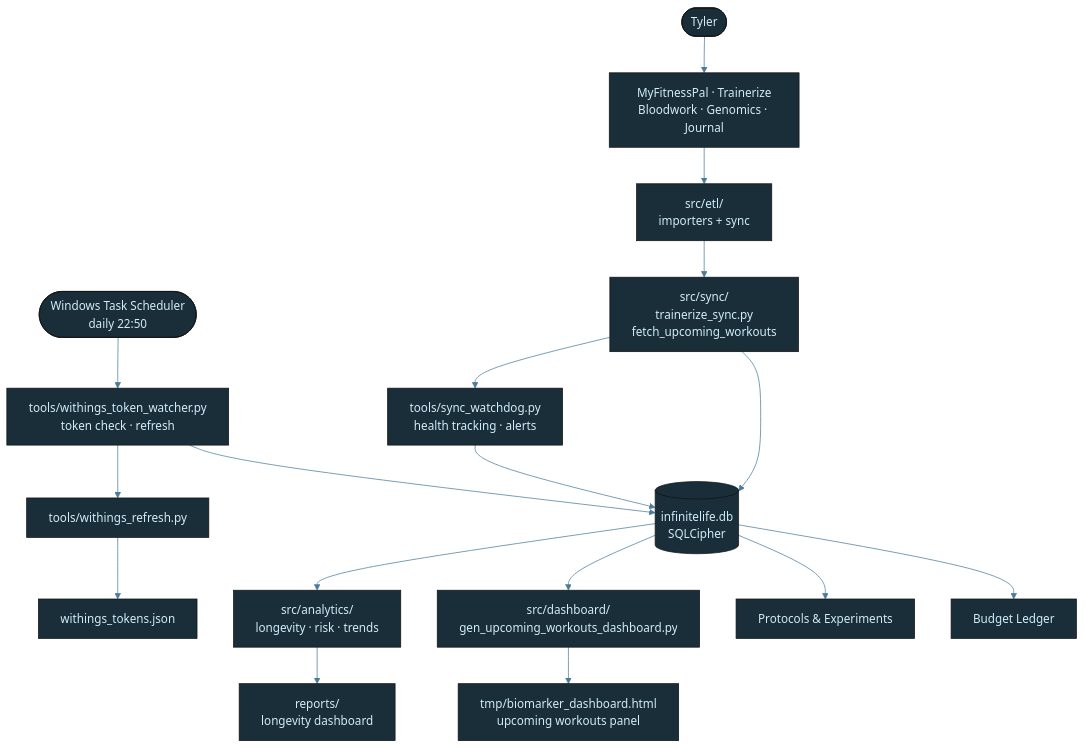
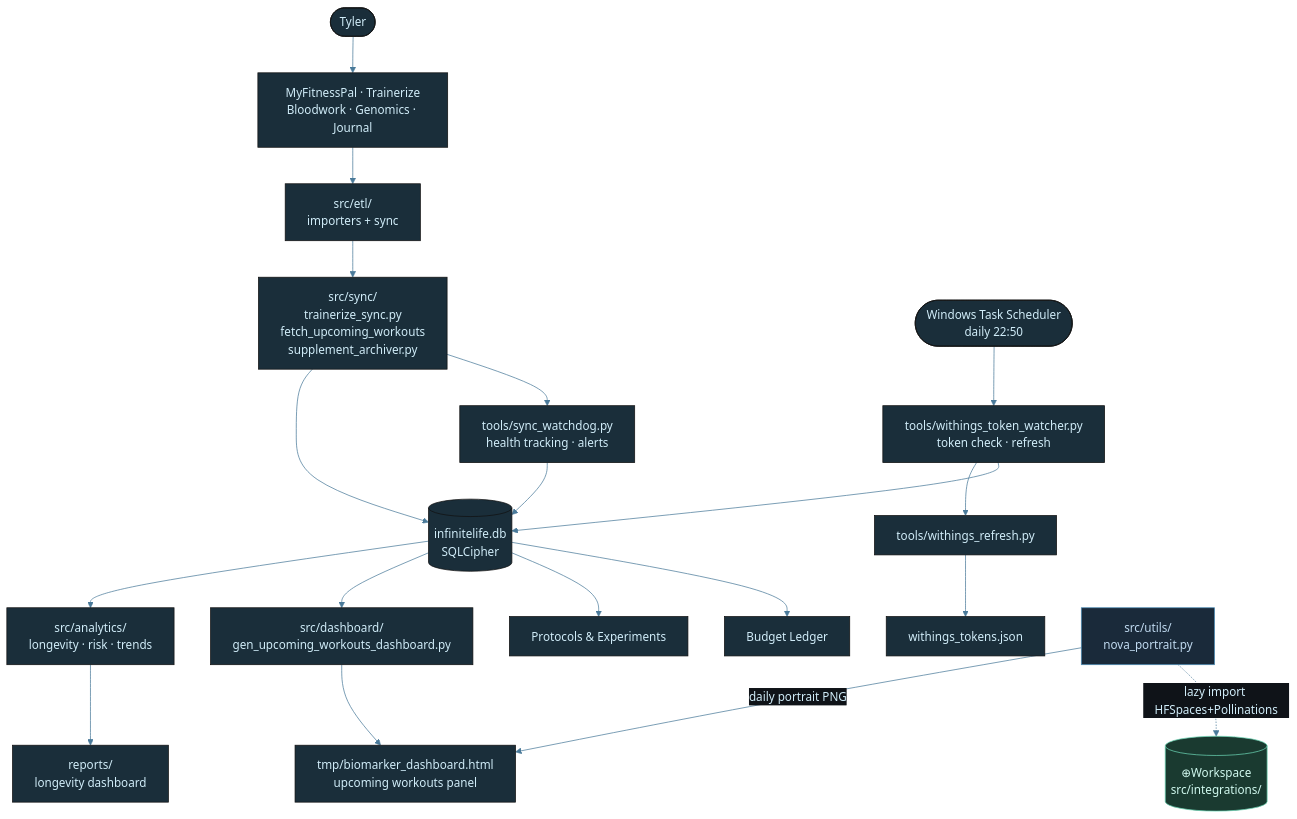
The diagram in diagrams/life-architecture.mmd (tylerdrakemusic/-Workspace), drawn with Mermaid before and after one commit. The commit also changed 5 other files, not shown here.

First line of the commit message:
chore: nit fixes + diagram updates [FR-20260525-image-cascade-restore]

```diff
--- a/diagrams/life-architecture.mmd
+++ b/diagrams/life-architecture.mmd
@@ -1,30 +1,37 @@
 %%{init: {'theme': 'base', 'themeVariables': {'primaryColor': '#1a2e3a', 'primaryTextColor': '#d0ecf8', 'edgeLabelBackground': '#0f1318', 'lineColor': '#4a7a9a'}}}%%
 graph TB
     Tyler([Tyler]) --> Inputs[MyFitnessPal · Trainerize<br/>Bloodwork · Genomics · Journal]
     Inputs --> ETL[src/etl/<br/>importers + sync]
-    ETL --> Sync[src/sync/<br/>trainerize_sync.py<br/>fetch_upcoming_workouts]
+    ETL --> Sync[src/sync/<br/>trainerize_sync.py<br/>fetch_upcoming_workouts<br/>supplement_archiver.py]
     Sync --> DB[(infinitelife.db<br/>SQLCipher)]
     Sync --> Watchdog[tools/sync_watchdog.py<br/>health tracking · alerts]
     Watchdog --> DB
     Scheduler([Windows Task Scheduler<br/>daily 22:50]) --> WithingsWatcher
     WithingsWatcher[tools/withings_token_watcher.py<br/>token check · refresh] --> WithingsRefresh[tools/withings_refresh.py]
     WithingsWatcher --> DB
     WithingsRefresh --> TokenFile[withings_tokens.json]
     DB --> Analytics[src/analytics/<br/>longevity · risk · trends]
     Analytics --> Reports[reports/<br/>longevity dashboard]
     DB --> Dashboard[src/dashboard/<br/>gen_upcoming_workouts_dashboard.py]
     Dashboard --> Output[tmp/biomarker_dashboard.html<br/>upcoming workouts panel]
     DB --> Protocols[Protocols & Experiments]
     DB --> Budget[Budget Ledger]
+    NovaPortrait[src/utils/<br/>nova_portrait.py]
+    WSIntegrations[(⊕Workspace<br/>src/integrations/)]
+    NovaPortrait -->|daily portrait PNG| Output
+    NovaPortrait -.->|lazy import HFSpaces+Pollinations| WSIntegrations
     class Inputs,Reports,Scheduler,TokenFile io
     class ETL,DB,Analytics,Protocols,Budget,Watchdog,WithingsWatcher,WithingsRefresh core
+    class NovaPortrait util
+    class WSIntegrations ws
 
 classDef life     fill:#1a2e3a,stroke:#6ab4d4,color:#d0ecf8
 classDef music    fill:#3a1a24,stroke:#d47a8f,color:#f8d0dc
 classDef quantum  fill:#251a3a,stroke:#a07adf,color:#e8d0f8
 classDef manifest fill:#3a2e1a,stroke:#d4a96a,color:#f8ead0
 classDef ws       fill:#1a3a30,stroke:#6ad4b4,color:#d0f8ee
 classDef tyler    fill:#2a1a3a,stroke:#9e4aff,color:#fff
 classDef ext      fill:#3a2020,stroke:#ff7a7a,color:#ffd0d0
 classDef db       fill:#3a3010,stroke:#d4c050,color:#f8f0c0
 classDef state    fill:#1a1a1a,stroke:#888888,color:#cccccc
+classDef util     fill:#1a2a3a,stroke:#4a8ab4,color:#c0daf0
```
